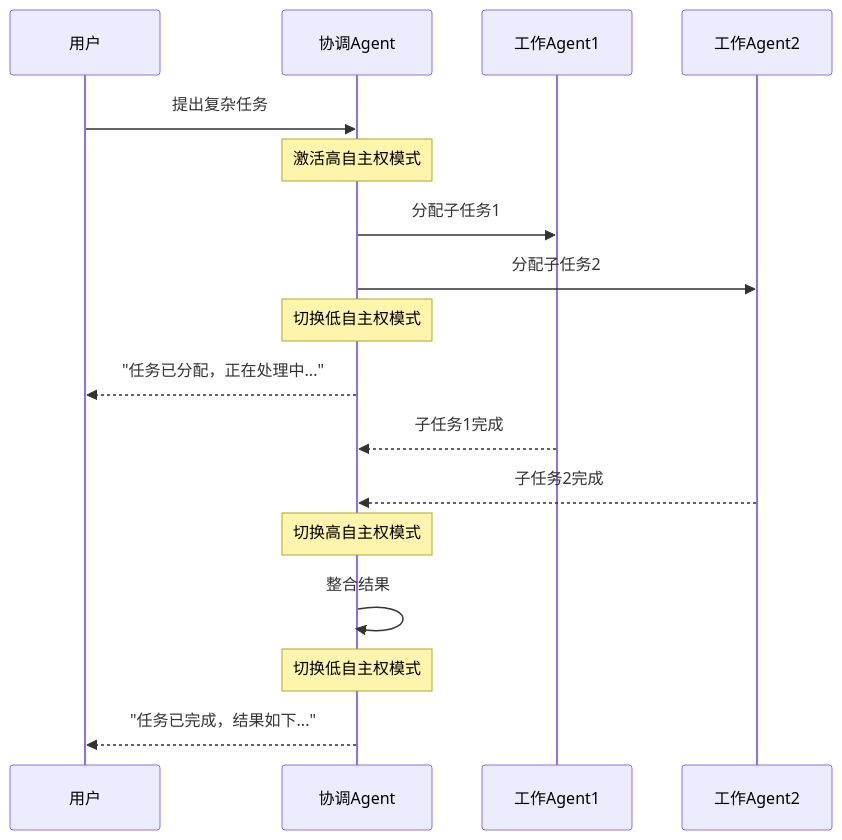
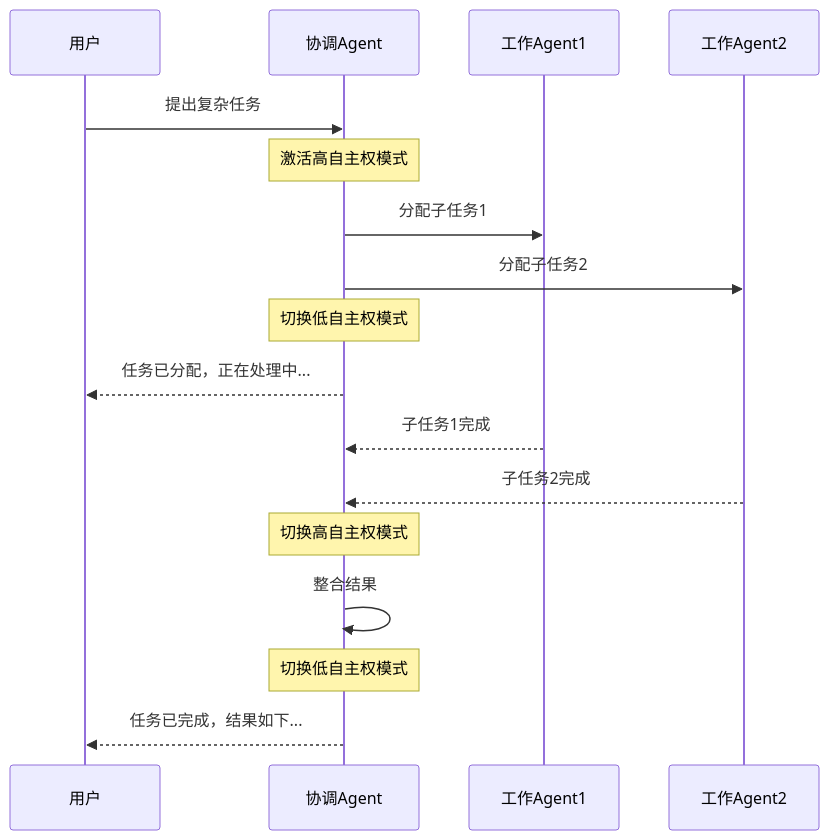
Before and after one commit to Succh/MiClaw-AI-Blog: the third of 3 diagrams in docs/专题-Agent注意力撕裂问题与解决方案.md, drawn with Mermaid. The commit also changed other lines of this file, not shown here.

Commit message:
feat: 注意力撕裂专题增加Mermaid可视化图表

````diff
--- a/docs/专题-Agent注意力撕裂问题与解决方案.md
+++ b/docs/专题-Agent注意力撕裂问题与解决方案.md
@@ -62,20 +51,19 @@
 ```mermaid
 sequenceDiagram
-    participant User as 用户
-    participant Coordinator as 协调Agent
-    participant Worker1 as 工作Agent1
-    participant Worker2 as 工作Agent2
-    
-    User->>Coordinator: 提出复杂任务
-    Note over Coordinator: 激活高自主权模式
-    Coordinator->>Worker1: 分配子任务1
-    Coordinator->>Worker2: 分配子任务2
-    Note over Coordinator: 切换低自主权模式
-    Coordinator-->>User: "任务已分配，正在处理中..."
-    Worker1-->>Coordinator: 子任务1完成
-    Worker2-->>Coordinator: 子任务2完成
-    Note over Coordinator: 切换高自主权模式
-    Coordinator->>Coordinator: 整合结果
-    Note over Coordinator: 切换低自主权模式
-    Coordinator-->>User: "任务已完成，结果如下..."
+    participant U as 用户
+    participant Coord as 协调Agent
+    participant W1 as 工作Agent1
+    participant W2 as 工作Agent2
+    U->>Coord: 提出复杂任务
+    Note over Coord: 激活高自主权模式
+    Coord->>W1: 分配子任务1
+    Coord->>W2: 分配子任务2
+    Note over Coord: 切换低自主权模式
+    Coord-->>U: 任务已分配，正在处理中...
+    W1-->>Coord: 子任务1完成
+    W2-->>Coord: 子任务2完成
+    Note over Coord: 切换高自主权模式
+    Coord->>Coord: 整合结果
+    Note over Coord: 切换低自主权模式
+    Coord-->>U: 任务已完成，结果如下...
 ```
````
